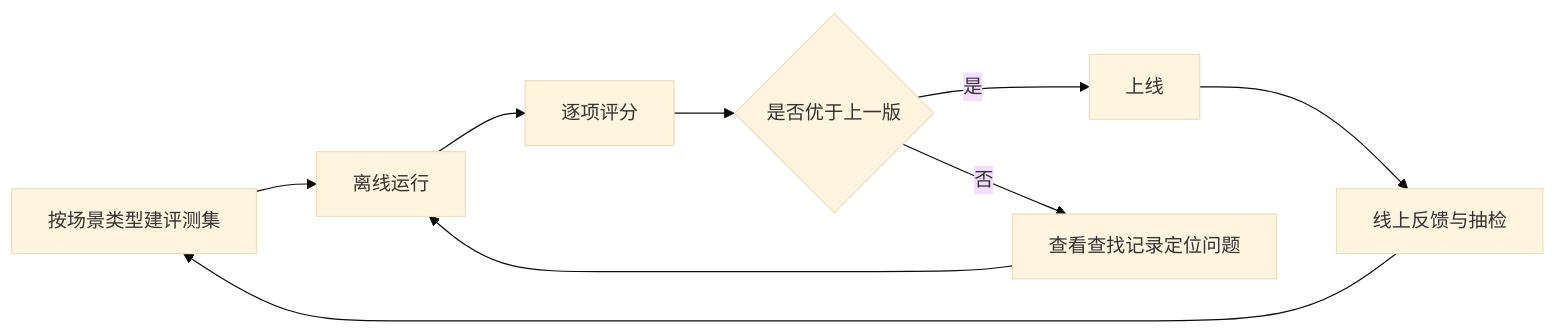
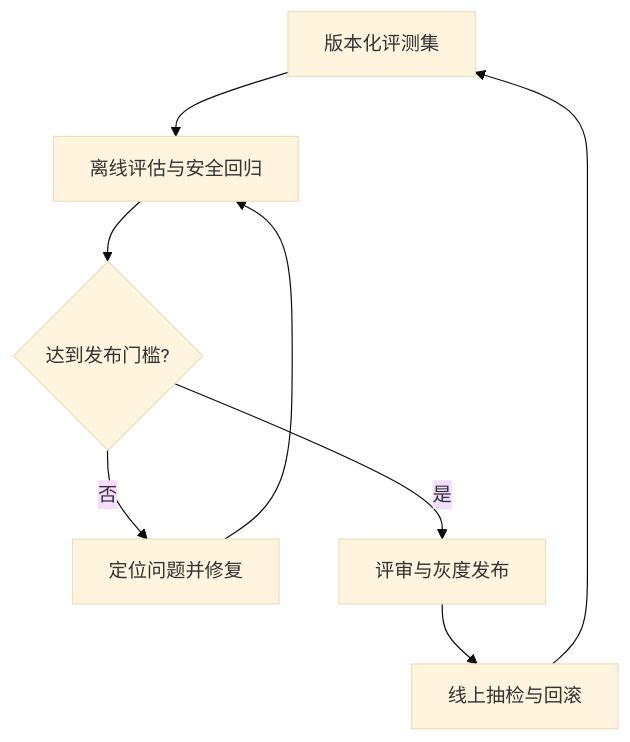
Before and after one commit to xmili233/enterprise-knowledge-agent: the diagram in src/content/design/evals.md, drawn with Mermaid (base theme). The commit also changed other lines of this file and 12 other files, not shown here.

First line of the commit message:
Correct knowledge guide query flow and evidence boundaries

````diff
--- a/src/content/design/evals.md
+++ b/src/content/design/evals.md
@@ -7,11 +7,10 @@
 ```mermaid
-flowchart LR
-  A[按场景类型建评测集] --> B[离线运行]
-  B --> C[逐项评分]
-  C --> D{是否优于上一版}
-  D -->|是| E[上线]
-  D -->|否| F[查看查找记录定位问题]
-  F --> B
-  E --> G[线上反馈与抽检]
-  G --> A
+flowchart TB
+  A[版本化评测集] --> B[离线评估与安全回归]
+  B --> C{达到发布门槛?}
+  C -->|否| D[定位问题并修复]
+  D --> B
+  C -->|是| E[评审与灰度发布]
+  E --> F[线上抽检与回滚]
+  F --> A
 ```
````
